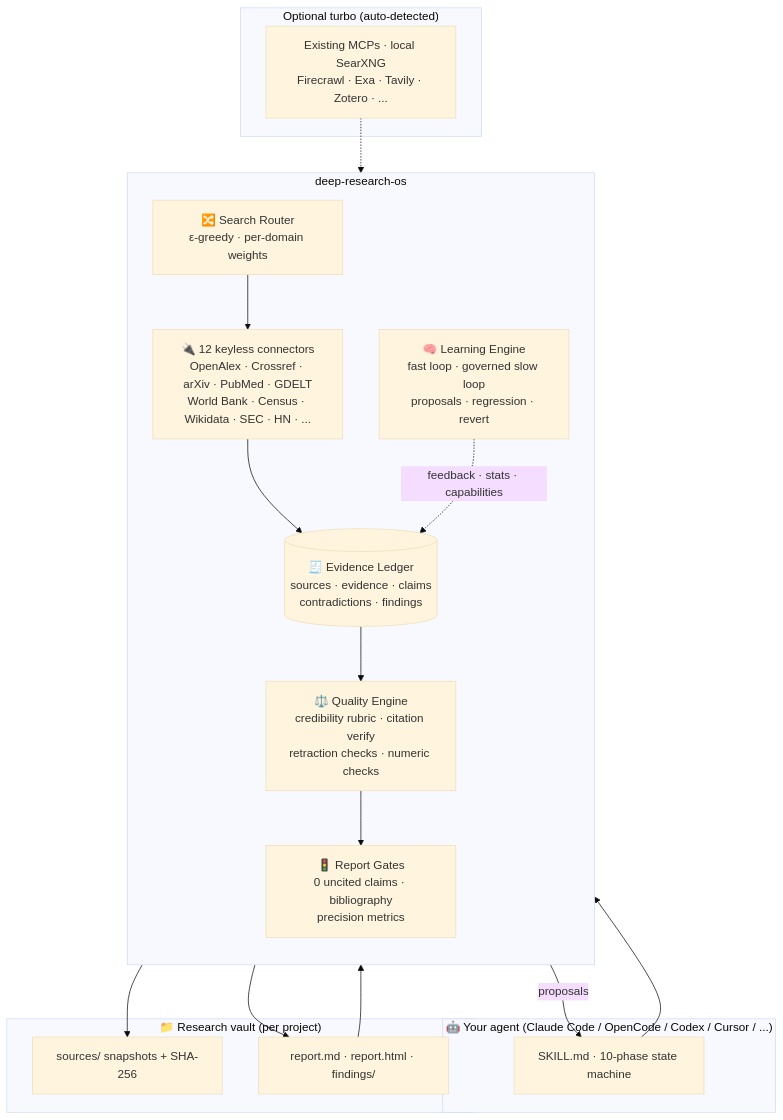
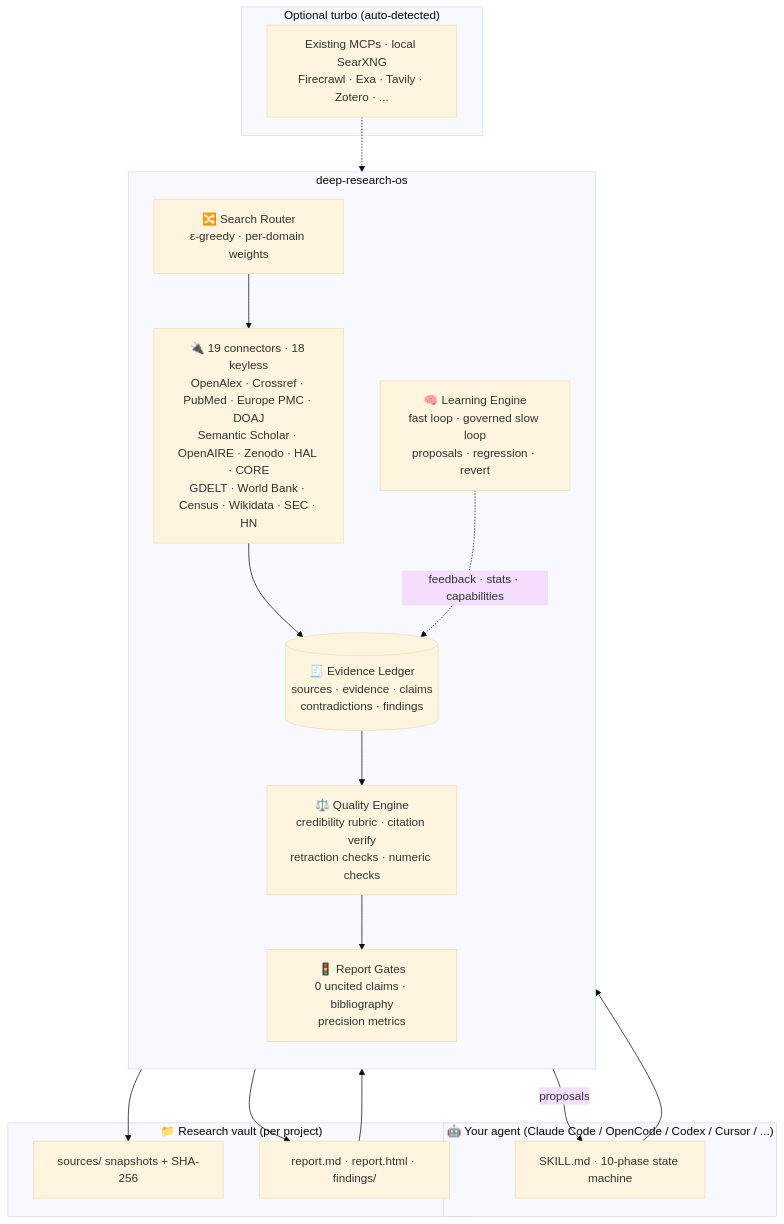
The first of 3 diagrams in README.md (NarimanKhaleghi/deep-research-os), drawn with Mermaid (base theme) before and after one commit. The commit also changed other lines of this file and 67 other files, not shown here.

````diff
--- a/README.md
+++ b/README.md
@@ -95,32 +95,32 @@
 ```mermaid
 flowchart TB
     subgraph Agent["🤖 Your agent (Claude Code / OpenCode / Codex / Cursor / ...)"]
         SK[SKILL.md · 10-phase state machine]
     end
 
     subgraph DROS["deep-research-os"]
         direction TB
         ROUTER[🔀 Search Router<br/>ε-greedy · per-domain weights]
-        CONN[🔌 12 keyless connectors<br/>OpenAlex · Crossref · arXiv · PubMed · GDELT<br/>World Bank · Census · Wikidata · SEC · HN · ...]
+        CONN[🔌 19 connectors · 18 keyless<br/>OpenAlex · Crossref · PubMed · Europe PMC · DOAJ<br/>Semantic Scholar · OpenAIRE · Zenodo · HAL · CORE<br/>GDELT · World Bank · Census · Wikidata · SEC · HN]
         LEDGER[(🧾 Evidence Ledger<br/>sources · evidence · claims<br/>contradictions · findings)]
         QUAL[⚖️ Quality Engine<br/>credibility rubric · citation verify<br/>retraction checks · numeric checks]
         GATE[🚦 Report Gates<br/>0 uncited claims · bibliography<br/>precision metrics]
         LEARN[🧠 Learning Engine<br/>fast loop · governed slow loop<br/>proposals · regression · revert]
     end
 
     subgraph EXT["Optional turbo (auto-detected)"]
         MCP[Existing MCPs · local SearXNG<br/>Firecrawl · Exa · Tavily · Zotero · ...]
     end
 
     subgraph VAULT["📁 Research vault (per project)"]
         SNAP[sources/ snapshots + SHA-256]
         REPORTS[report.md · report.html · findings/]
     end
 
     SK --> ROUTER --> CONN --> LEDGER
     MCP -.-> ROUTER
     LEDGER --> QUAL --> GATE --> REPORTS
     LEDGER --> SNAP
     REPORTS --> LEARN -->|proposals| SK
     LEARN -.->|"feedback · stats · capabilities"| LEDGER
 ```
````
